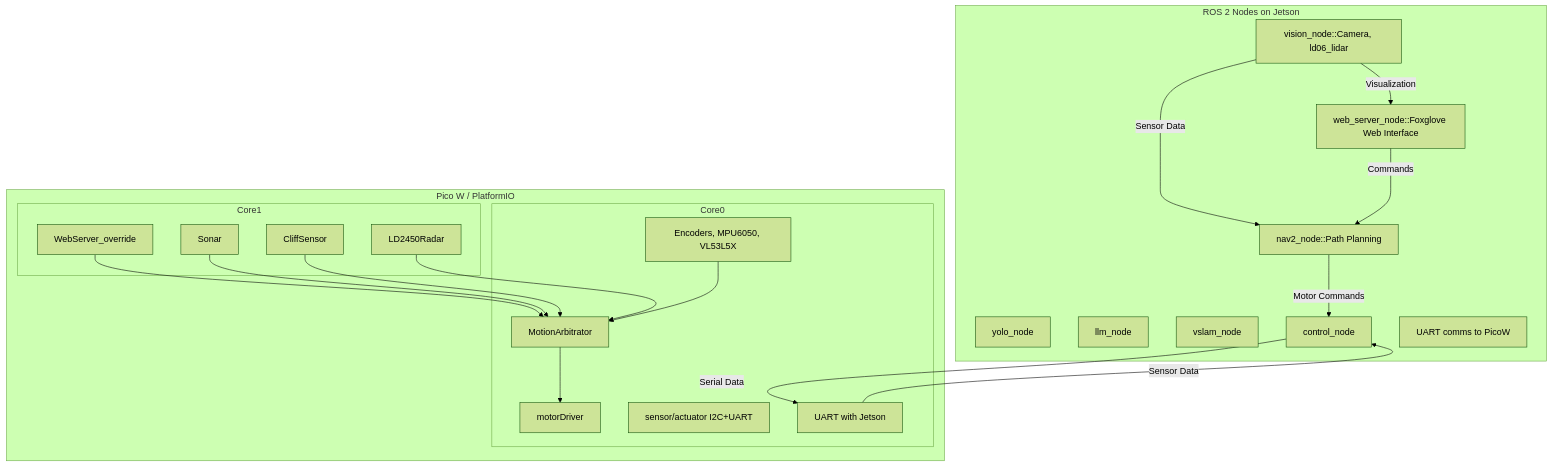
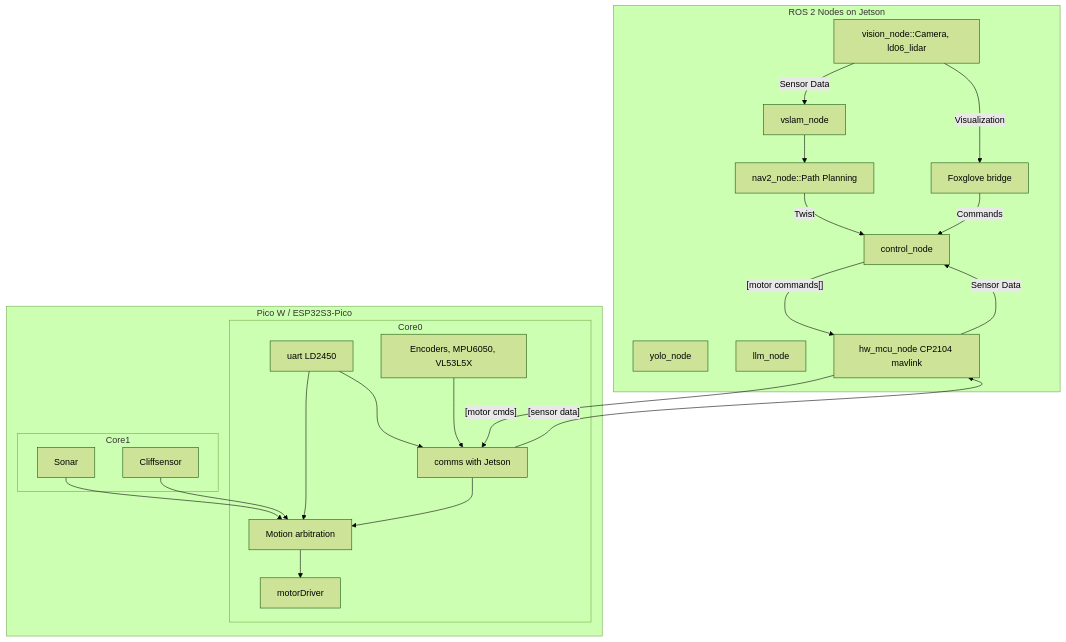
One commit to nota2104coda/Jetcar changed the second of 2 diagrams in docs/architecture.md. Above: the diagram before and after it, drawn with Mermaid (forest theme). The commit also changed other lines of this file and 12 other files, not shown here.

````diff
--- a/docs/architecture.md
+++ b/docs/architecture.md
@@ -22,40 +74,48 @@
 ```mermaid
-flowchart TD
-    subgraph ROS2Nodes[ROS 2 Nodes on Jetson]
-        Vision[vision_node::Camera, ld06_lidar]
-        Recognition[yolo_node]
-        LLM[llm_node]
-        SLAM[vslam_node]
-        Navigation[nav2_node::Path Planning]
-        Control[control_node]
-        Comms[UART comms to PicoW]
-        WebServer[web_server_node::Foxglove Web Interface]
-    end
-    subgraph PicoW_Arduino[Pico W / PlatformIO]
-        subgraph Core0
-            MotionArbitrator
-            PicoWMotors[motorDriver]
-            PicoWComms[sensor/actuator I2C+UART]
-            PicoWSerial[UART with Jetson]
-            PicoWSensors[Encoders, MPU6050, VL53L5X]
-        end
-        subgraph Core1
-            WebServer_override
-            Sonar
-            CliffSensor
-            LD2450Radar
-        end
-    end
-    Vision -- Sensor Data --> Navigation
-    Navigation -- Motor Commands --> Control
-    Control -- Serial Data --> PicoWSerial
-    PicoWSerial -- Sensor Data --> Control
-    WebServer -- Commands --> Navigation
-    Vision -- Visualization --> WebServer
-    WebServer_override --> MotionArbitrator
-    Sonar --> MotionArbitrator
-    CliffSensor --> MotionArbitrator
-    LD2450Radar --> MotionArbitrator
-    PicoWSensors --> MotionArbitrator
-    MotionArbitrator --> PicoWMotors
+---
+config:
+  layout: dagre
+---
+flowchart TB
+ subgraph ROS2Nodes["ROS 2 Nodes on Jetson"]
+        Vision["vision_node::Camera, ld06_lidar"]
+        Recognition["yolo_node"]
+        LLM["llm_node"]
+        SLAM["vslam_node"]
+        Navigation["nav2_node::Path Planning"]
+        Control["control_node"]
+        hw_mcu_node["hw_mcu_node CP2104 mavlink"]
+        hmi_node["Foxglove bridge"]
+  end
+ subgraph Core0["Core0"]
+        MotionArb["Motion arbitration"]
+        mcu_mavlink["comms with Jetson"]
+        MotorDriver["motorDriver"]
+        LD2450["uart LD2450"]
+        I2CSensors["Encoders, MPU6050, VL53L5X"]
+  end
+ subgraph Core1["Core1"]
+        Sonar["Sonar"]
+        CliffSensor["Cliffsensor"]
+  end
+ subgraph MCU["Pico W / ESP32S3-Pico"]
+        Core0
+        Core1
+  end
+    Vision -- Sensor Data --> SLAM
+    SLAM -->Navigation
+    Navigation --Twist--> Control
+    Control -- [motor commands[] --> hw_mcu_node
+    hw_mcu_node -- Sensor Data --> Control
+    hw_mcu_node -- [motor cmds]--> mcu_mavlink
+    hmi_node -- Commands --> Control
+    Vision -- Visualization --> hmi_node
+    Sonar --> MotionArb
+    CliffSensor --> MotionArb
+    LD2450 --> MotionArb
+    mcu_mavlink --[sensor data]--> hw_mcu_node
+    mcu_mavlink --> MotionArb
+    MotionArb --> MotorDriver
+    I2CSensors --> mcu_mavlink
+    LD2450 --> mcu_mavlink
 ```
````
